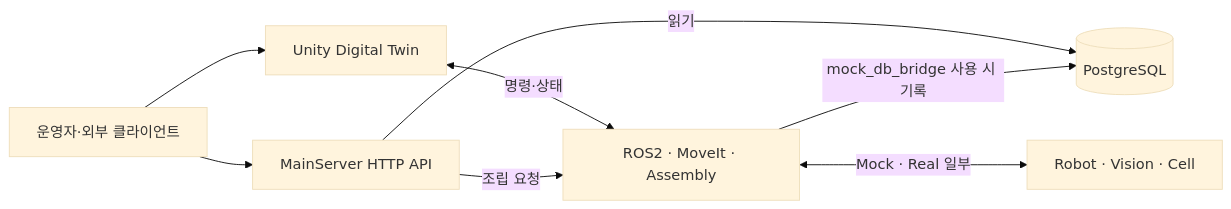
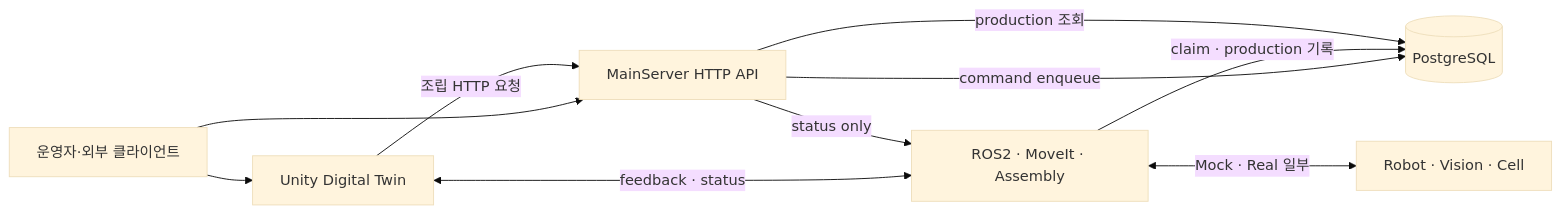
The first of 3 diagrams in docs/index.md (eduwing-robotics/ros2-ai-cobot-repo1), drawn with Mermaid (base theme) before and after one commit. The commit also changed other lines of this file and 22 other files, not shown here.

````diff
--- a/docs/index.md
+++ b/docs/index.md
@@ -19,17 +19,19 @@
 ```mermaid
 flowchart LR
     USER[운영자·외부 클라이언트]
     UNITY[Unity Digital Twin]
     SERVER[MainServer HTTP API]
     ROS[ROS2 · MoveIt · Assembly]
     DB[(PostgreSQL)]
     CELL[Robot · Vision · Cell]
 
     USER --> UNITY
     USER --> SERVER
-    UNITY <-->|명령·상태| ROS
-    SERVER -->|조립 요청| ROS
-    SERVER -->|읽기| DB
-    ROS -->|mock_db_bridge 사용 시 기록| DB
+    UNITY -->|조립 HTTP 요청| SERVER
+    SERVER -->|command enqueue| DB
+    ROS -->|claim · production 기록| DB
+    UNITY <-->|feedback · status| ROS
+    SERVER -->|status only| ROS
+    SERVER -->|production 조회| DB
     ROS <-->|Mock · Real 일부| CELL
 ```
````
